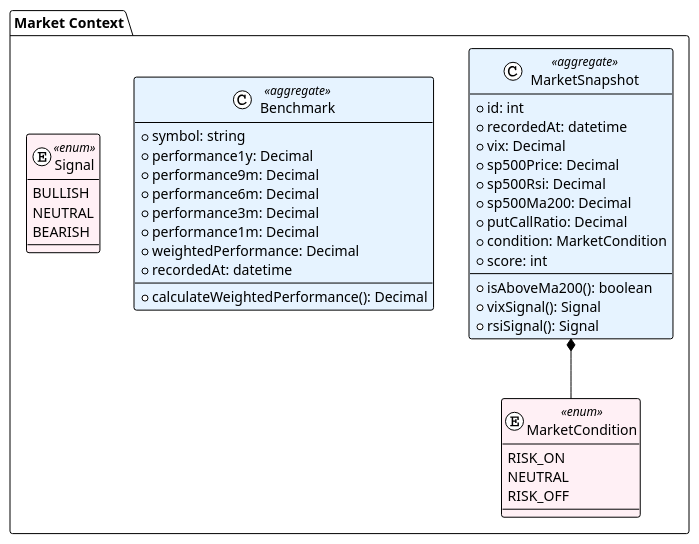
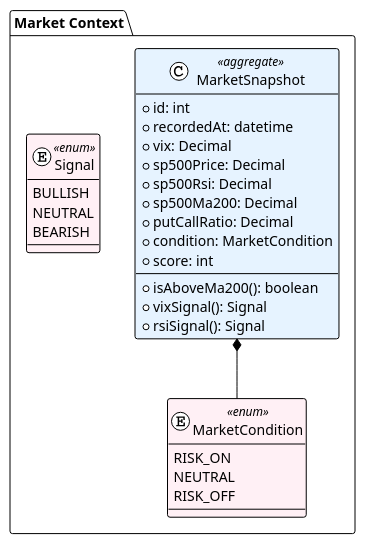
Before and after one commit to ryota197/ai-trade-pj: the first of 2 diagrams in docs/poc/domain/market/aggregates.md, drawn with PlantUML. The commit also changed other lines of this file and 2 other files, not shown here.

````diff
--- a/docs/poc/domain/market/aggregates.md
+++ b/docs/poc/domain/market/aggregates.md
@@ -13,58 +13,45 @@
 ```plantuml
 @startuml Market Aggregates
 !theme plain
 
 skinparam class {
     BackgroundColor<<aggregate>> #E6F3FF
     BackgroundColor<<vo>> #F0FFF0
     BackgroundColor<<enum>> #FFF0F5
 }
 
 package "Market Context" {
 
     class "MarketSnapshot" <<aggregate>> {
         + id: int
         + recordedAt: datetime
         + vix: Decimal
         + sp500Price: Decimal
         + sp500Rsi: Decimal
         + sp500Ma200: Decimal
         + putCallRatio: Decimal
         + condition: MarketCondition
         + score: int
         --
         + isAboveMa200(): boolean
         + vixSignal(): Signal
         + rsiSignal(): Signal
     }
 
-    class "Benchmark" <<aggregate>> {
-        + symbol: string
-        + performance1y: Decimal
-        + performance9m: Decimal
-        + performance6m: Decimal
-        + performance3m: Decimal
-        + performance1m: Decimal
-        + weightedPerformance: Decimal
-        + recordedAt: datetime
-        --
-        + calculateWeightedPerformance(): Decimal
-    }
-
     enum "MarketCondition" <<enum>> {
         RISK_ON
         NEUTRAL
         RISK_OFF
     }
 
     enum "Signal" <<enum>> {
         BULLISH
         NEUTRAL
         BEARISH
     }
 
     MarketSnapshot *-- MarketCondition
 }
 
 @enduml
 ```
````
